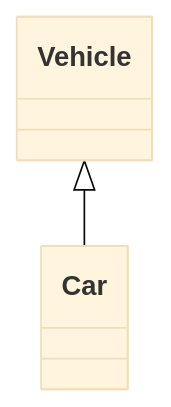
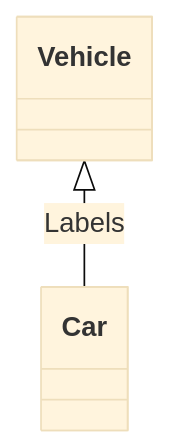
Before and after one commit to ryomashita/mermaid-example: the third of 5 diagrams in class-diagrams.md, drawn with Mermaid (base theme). The commit also changed other lines of this file, not shown here.

Commit message:
Add description: arrows of class diagrams

````diff
--- a/class-diagrams.md
+++ b/class-diagrams.md
@@ -68,4 +68,4 @@
 ```mermaid
 classDiagram
-    Vehicle <|-- Car
+    Vehicle <|-- Car : Labels
 ```
````
